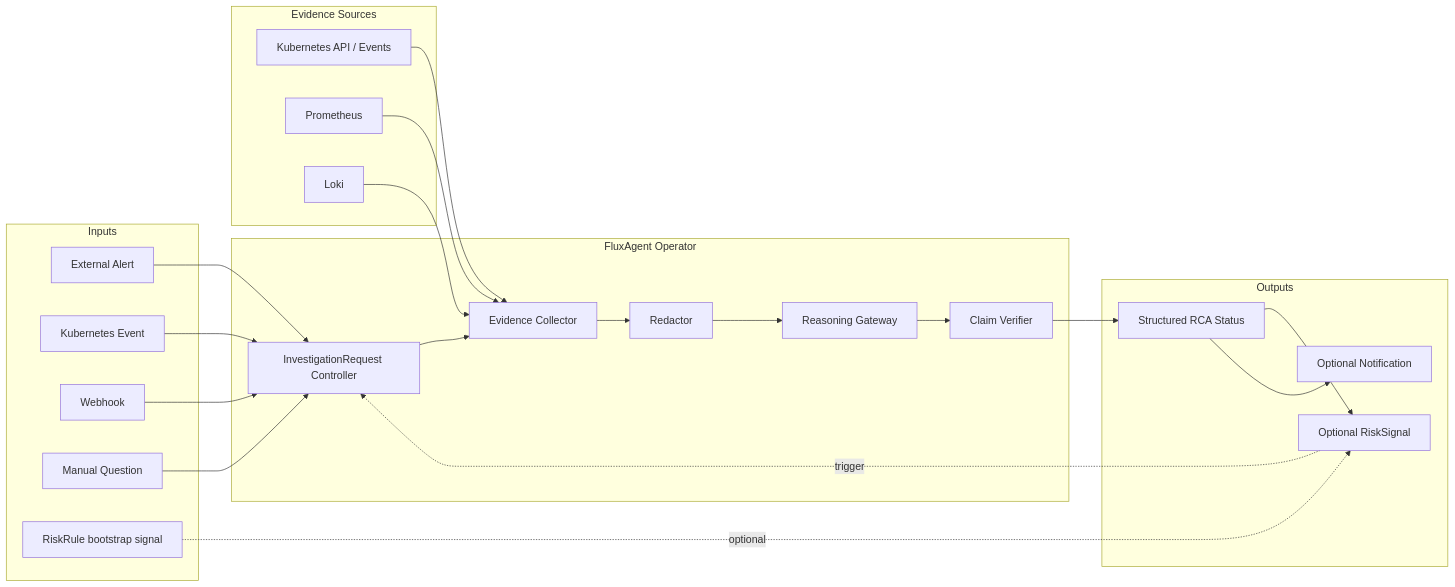
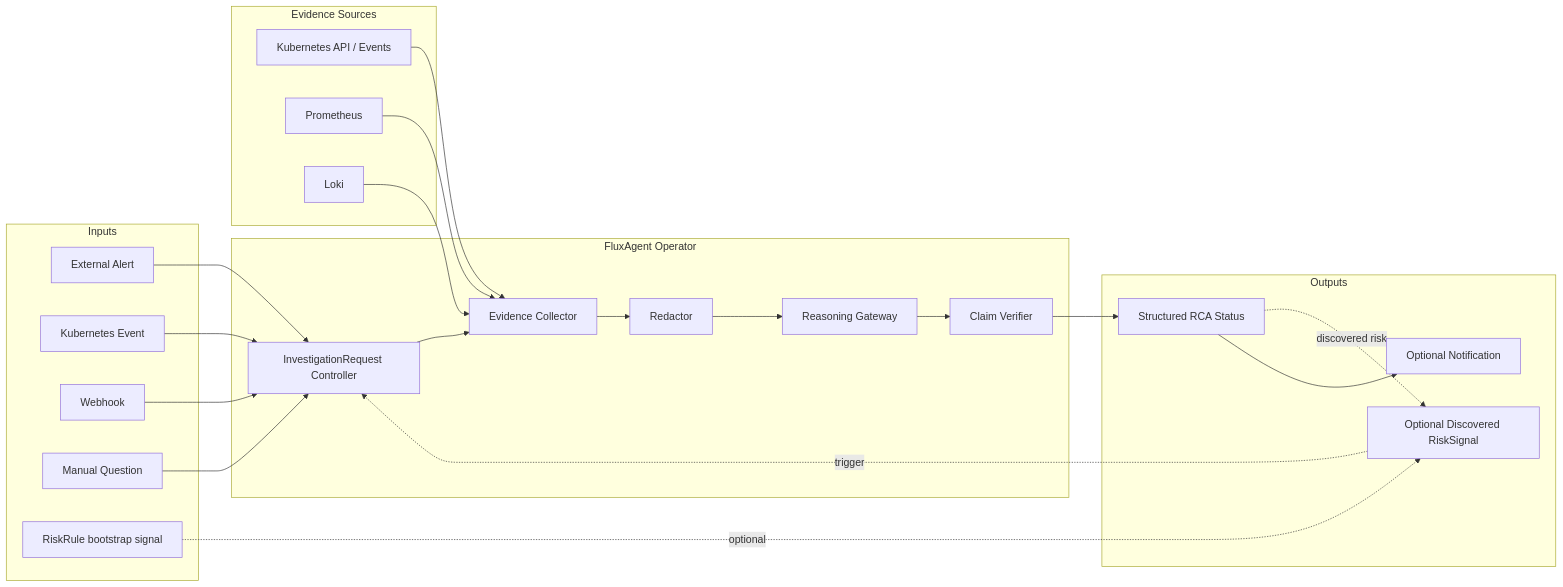
Before and after one commit to FluxSeer/fluxseer-rca: the second of 2 diagrams in README.md, drawn with Mermaid. The commit also changed other lines of this file and 6 other files, not shown here.

````diff
--- a/README.md
+++ b/README.md
@@ -133,48 +133,48 @@
 ```mermaid
 flowchart LR
     subgraph Inputs[Inputs]
         Alert[External Alert]
         Event[Kubernetes Event]
         Webhook[Webhook]
         Manual[Manual Question]
         Rule[RiskRule bootstrap signal]
     end
 
     subgraph Operator[FluxAgent Operator]
         IR[InvestigationRequest Controller]
         Collector[Evidence Collector]
         Redactor[Redactor]
         Gateway[Reasoning Gateway]
         Verifier[Claim Verifier]
     end
 
     subgraph Sources[Evidence Sources]
         K8s[Kubernetes API / Events]
         Prom[Prometheus]
         Loki[Loki]
     end
 
     subgraph Outputs[Outputs]
         Status[Structured RCA Status]
-        Risk[Optional RiskSignal]
+        Risk[Optional Discovered RiskSignal]
         Notify[Optional Notification]
     end
 
     Alert --> IR
     Event --> IR
     Webhook --> IR
     Manual --> IR
     Rule -. optional .-> Risk
     Risk -. trigger .-> IR
 
     IR --> Collector
     K8s --> Collector
     Prom --> Collector
     Loki --> Collector
     Collector --> Redactor
     Redactor --> Gateway
     Gateway --> Verifier
     Verifier --> Status
-    Status --> Risk
+    Status -. discovered risk .-> Risk
     Status --> Notify
 ```
````
